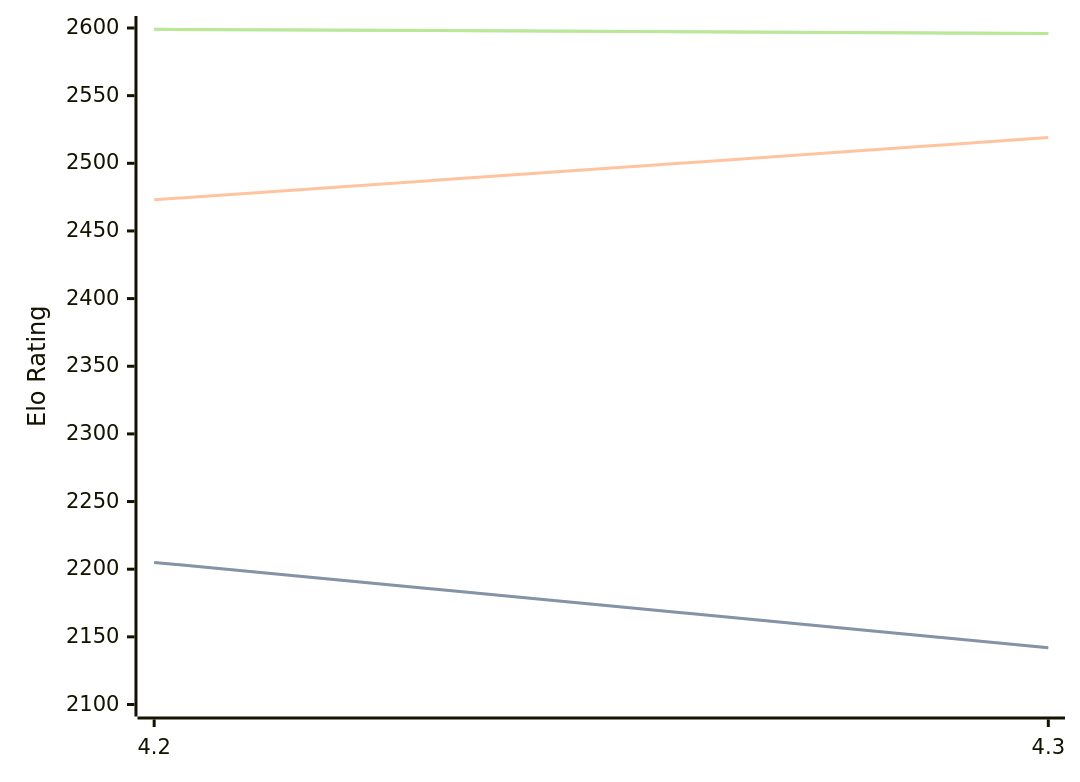
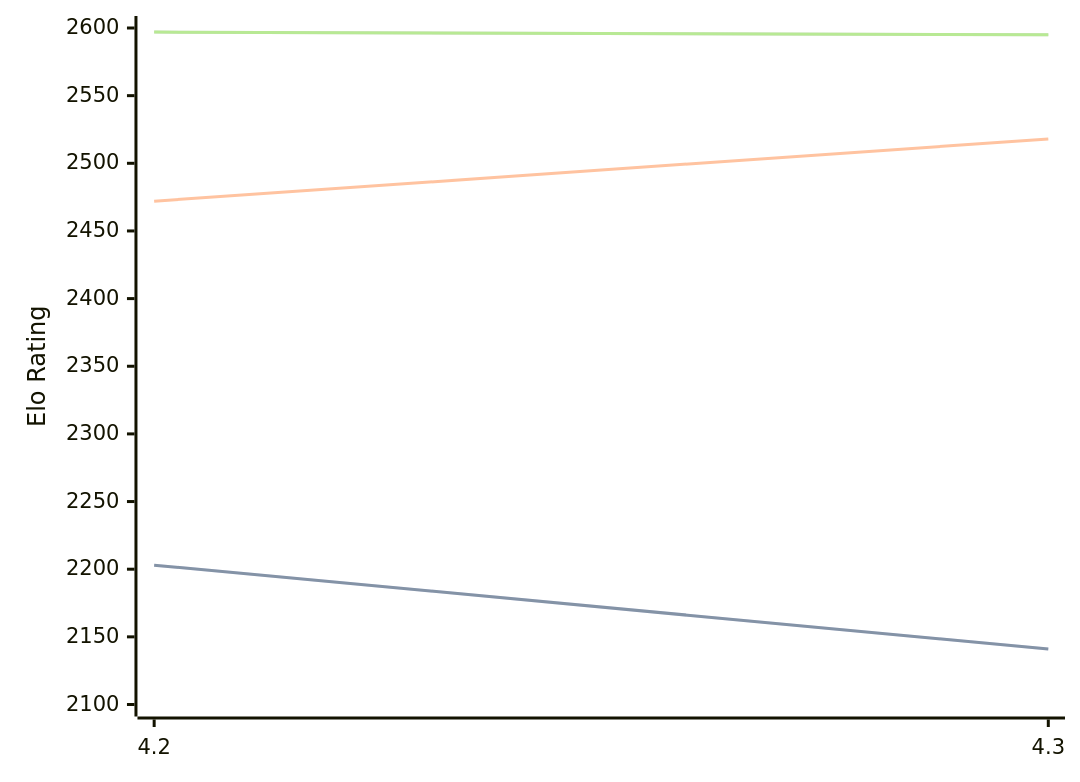
The diagram in engines/Eubos.md (computer-chess-index/cci), drawn with Mermaid before and after one commit. The commit also changed other lines of this file, not shown here.

Commit message:
Update CCI Ratings (ELO VLTC) - 2026-03-08

````diff
--- a/engines/Eubos.md
+++ b/engines/Eubos.md
@@ -86,11 +86,11 @@
 ```mermaid
 %%{init: {"theme":"base","themeVariables":{"seriesColors:['#a3a3a3','#222221','#faa371']}}}%%
 xychart-beta
   x-axis ["4.2", "4.3"]
   y-axis "Elo Rating" 2100 --> 2600
-  line "STC (8.0+0.08s)" [2205, 2142]
-  line "STC (8.0+0.08s)" [2205, 2142]
-  line "LTC (60.0+0.60s)" [2473, 2519]
-  line "VLTC (2m24s+1.12s)" [2599, 2596]
-  line "VLTC (2m24s+1.12s)" [2599, 2596]
+  line "STC (8.0+0.08s)" [2203, 2141]
+  line "STC (8.0+0.08s)" [2203, 2141]
+  line "LTC (60.0+0.60s)" [2472, 2518]
+  line "VLTC (2m24s+1.12s)" [2597, 2595]
+  line "VLTC (2m24s+1.12s)" [2597, 2595]
 ```
````
